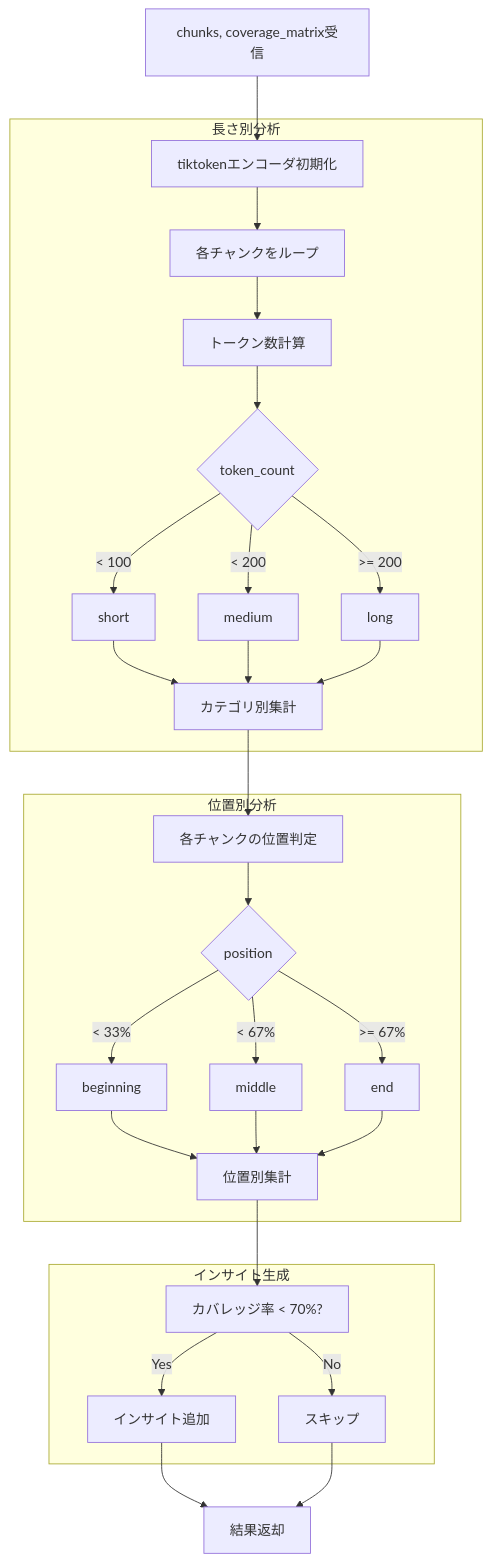
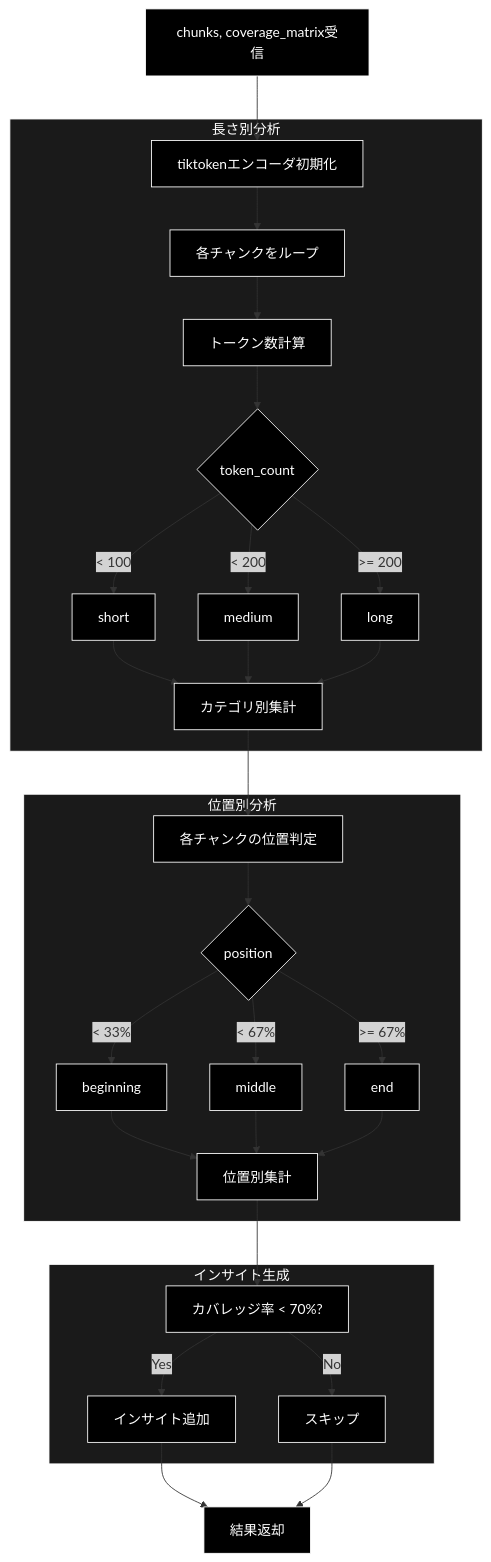
One commit to nakashima2toshio/ollama_grace_agent_v2 changed the fourth of 6 diagrams in qa_generation/doc/evaluation.md. Above: the diagram before and after it, drawn with Mermaid. The commit also changed other lines of this file and 7 other files, not shown here.

````diff
--- a/qa_generation/doc/evaluation.md
+++ b/qa_generation/doc/evaluation.md
@@ -209,36 +230,42 @@
 ```mermaid
 flowchart TD
     A[chunks, coverage_matrix受信] --> B[tiktokenエンコーダ初期化]
 
-    subgraph "長さ別分析"
+    subgraph LengthAnalysis["長さ別分析"]
         B --> C[各チャンクをループ]
         C --> D[トークン数計算]
         D --> E{token_count}
         E -->|< 100| F[short]
         E -->|< 200| G[medium]
         E -->|>= 200| H[long]
         F --> I[カテゴリ別集計]
         G --> I
         H --> I
     end
 
-    subgraph "位置別分析"
+    subgraph PositionAnalysis["位置別分析"]
         I --> J[各チャンクの位置判定]
         J --> K{position}
         K -->|< 33%| L[beginning]
         K -->|< 67%| M[middle]
         K -->|>= 67%| N[end]
         L --> O[位置別集計]
         M --> O
         N --> O
     end
 
-    subgraph "インサイト生成"
+    subgraph InsightGen["インサイト生成"]
         O --> P[カバレッジ率 < 70%?]
         P -->|Yes| Q[インサイト追加]
         P -->|No| R[スキップ]
     end
 
     Q --> S[結果返却]
     R --> S
+classDef default fill:#000,stroke:#fff,color:#fff
+classDef subgraphStyle fill:#1a1a1a,stroke:#fff,color:#fff
+class A,B,C,D,E,F,G,H,I,J,K,L,M,N,O,P,Q,R,S default
+style LengthAnalysis fill:#1a1a1a,stroke:#fff,color:#fff
+style PositionAnalysis fill:#1a1a1a,stroke:#fff,color:#fff
+style InsightGen fill:#1a1a1a,stroke:#fff,color:#fff
 ```
````
